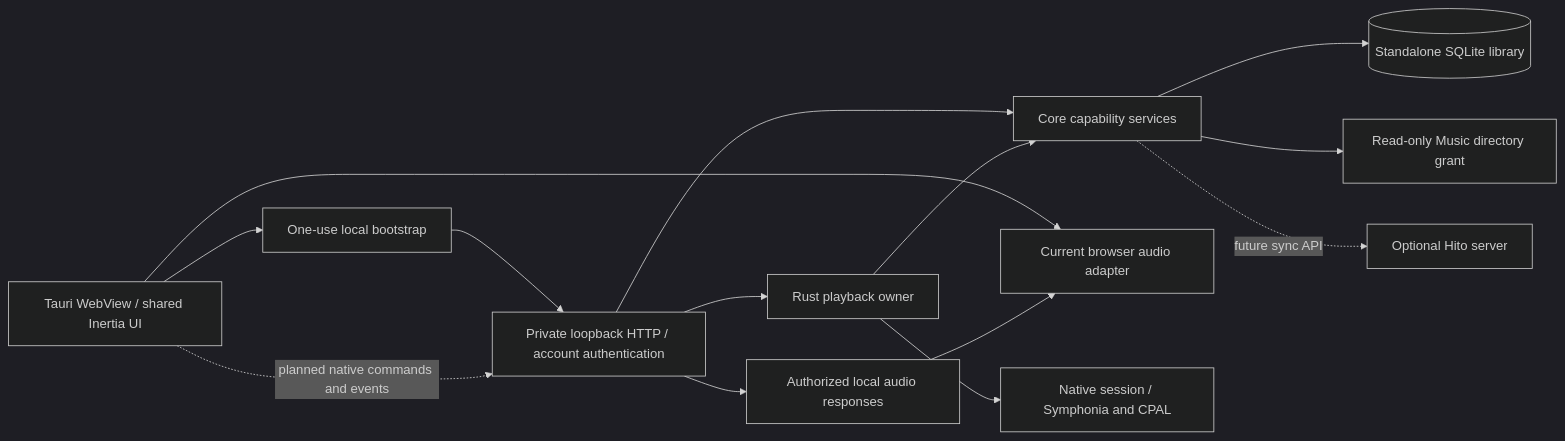
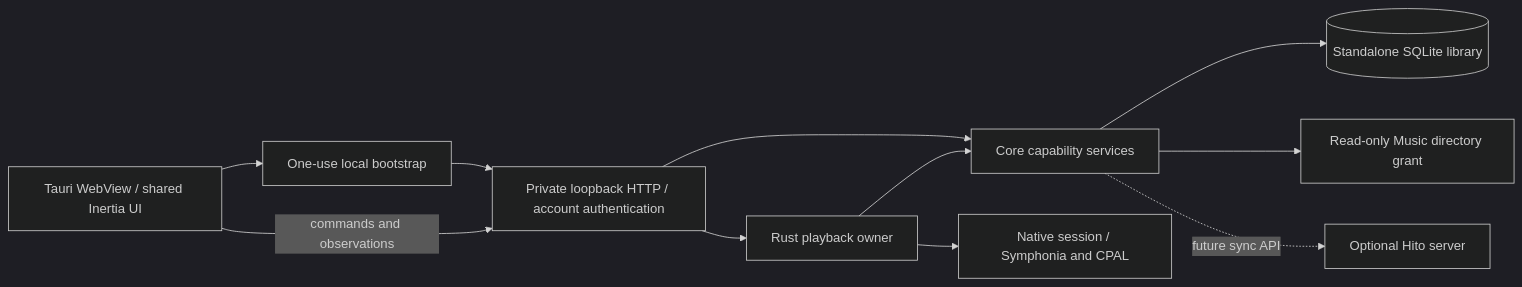
One commit to acidiney/hitoapp changed the first of 2 diagrams in docs/desktop.md. Above: the diagram before and after it, drawn with Mermaid (dark theme). The commit also changed other lines of this file and 4 other files, not shown here.

````diff
--- a/docs/desktop.md
+++ b/docs/desktop.md
@@ -5,16 +5,13 @@
 ```mermaid
 flowchart LR
   Window[Tauri WebView / shared Inertia UI] --> Bootstrap[One-use local bootstrap]
   Bootstrap --> HTTP[Private loopback HTTP / account authentication]
   HTTP --> Core[Core capability services]
   Core --> SQLite[(Standalone SQLite library)]
   Core --> Music[Read-only Music directory grant]
-  Window --> BrowserAudio[Current browser audio adapter]
-  HTTP --> Audio[Authorized local audio responses]
-  Audio --> BrowserAudio
-  Window -. planned native commands and events .-> HTTP
+  Window -->|commands and observations| HTTP
   HTTP --> Native[Rust playback owner]
   Native --> Core
   Native --> Engine[Native session / Symphonia and CPAL]
   Core -. future sync API .-> Remote[Optional Hito server]
 ```
````
